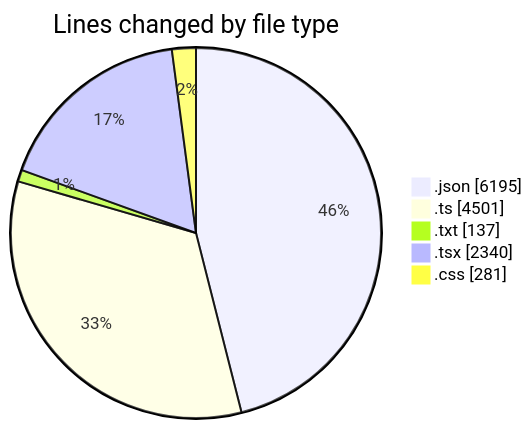
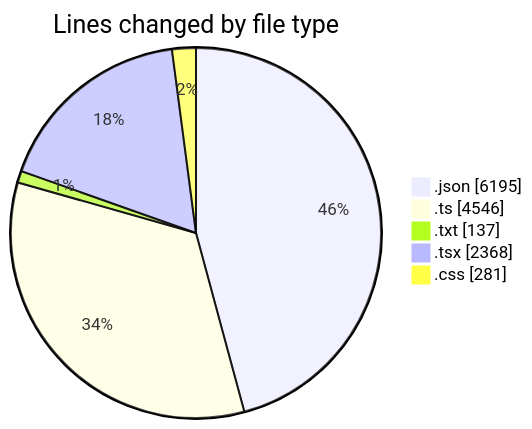
The first of 2 diagrams in 2025-05-27/ecodeli-1/README.md (CELIANVF/code-tracking), drawn with Mermaid before and after one commit. The commit also changed other lines of this file and 1 other file, not shown here.

````diff
--- a/2025-05-27/ecodeli-1/README.md
+++ b/2025-05-27/ecodeli-1/README.md
@@ -33,9 +33,9 @@
 ```mermaid
 pie showData
 title Lines changed by file type
 ".json" : 6195
-".ts" : 4501
+".ts" : 4546
 ".txt" : 137
-".tsx" : 2340
+".tsx" : 2368
 ".css" : 281
 ```
````
